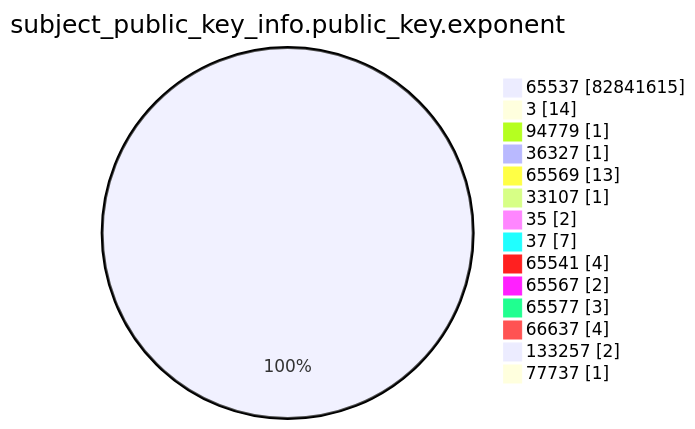
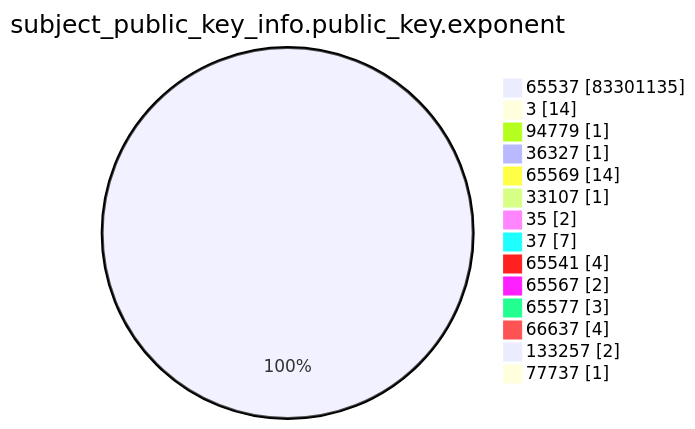
Before and after one commit to christiankrug/ctmonitor_visualization: the fourth of 15 diagrams in argon2023/README.md, drawn with Mermaid. The commit also changed other lines of this file, not shown here.

````diff
--- a/argon2023/README.md
+++ b/argon2023/README.md
@@ -1246,18 +1246,18 @@
 ```mermaid
 pie showData
 title subject_public_key_info.public_key.exponent
-"65537" :82841615
+"65537" :83301135
 "3" :14
 "94779" :1
 "36327" :1
-"65569" :13
+"65569" :14
 "33107" :1
 "35" :2
 "37" :7
 "65541" :4
 "65567" :2
 "65577" :3
 "66637" :4
 "133257" :2
 "77737" :1
 ```
````
